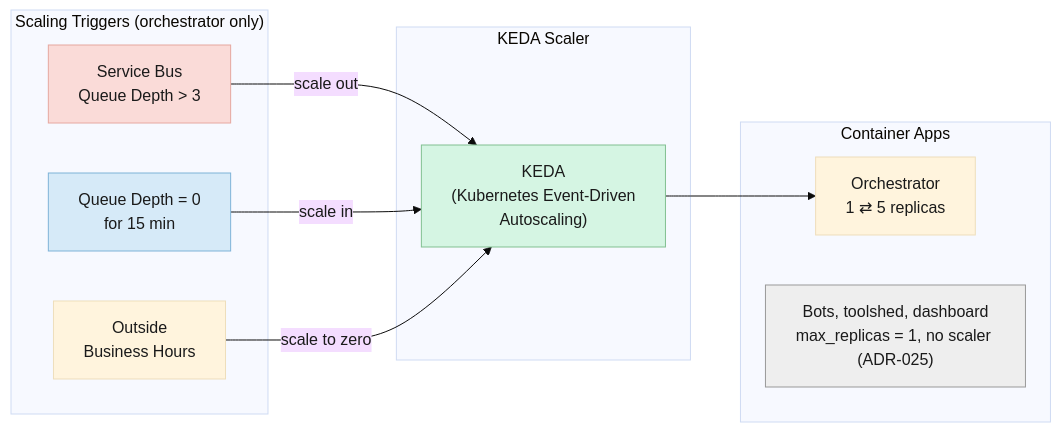
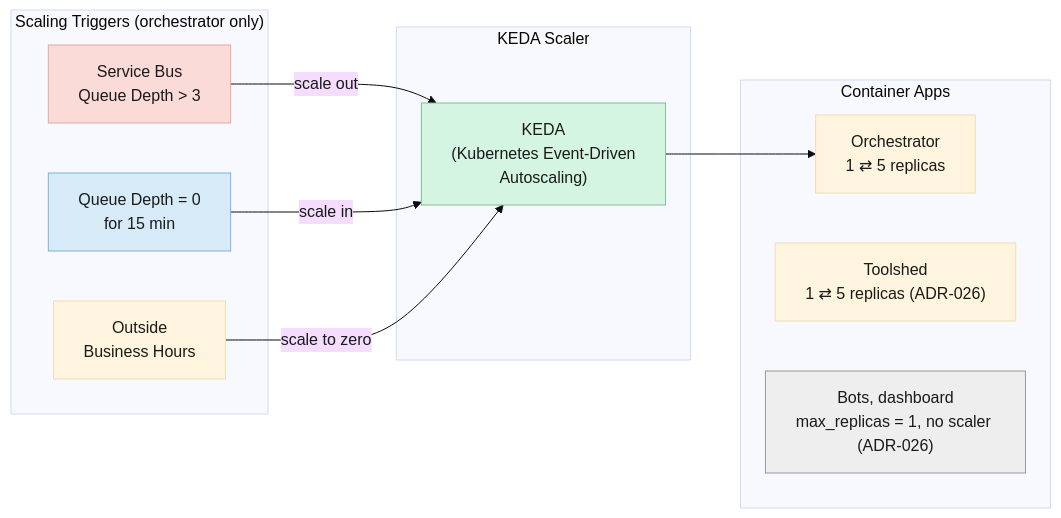
One commit to dr-pabs/managed-service-minions changed the first of 7 diagrams in docs/physical-architecture.md. Above: the diagram before and after it, drawn with Mermaid. The commit also changed other lines of this file and 16 other files, not shown here.

````diff
--- a/docs/physical-architecture.md
+++ b/docs/physical-architecture.md
@@ -61,28 +61,29 @@
 ```mermaid
 %%{init: {'theme': 'base', 'themeVariables': { 'primaryTextColor': '#1a1a1a'}}}%%
 flowchart LR
     subgraph "Scaling Triggers (orchestrator only)"
         q_depth["Service Bus\nQueue Depth > 3"]
         q_empty["Queue Depth = 0\nfor 15 min"]
         off_hours["Outside\nBusiness Hours"]
     end
     
     subgraph "KEDA Scaler"
         keda["KEDA\n(Kubernetes Event-Driven\nAutoscaling)"]
     end
     
     subgraph "Container Apps"
         orch["Orchestrator\n1 ⇄ 5 replicas"]
-        bots["Bots, toolshed, dashboard\nmax_replicas = 1, no scaler (ADR-025)"]
+        toolshed["Toolshed\n1 ⇄ 5 replicas (ADR-026)"]
+        bots["Bots, dashboard\nmax_replicas = 1, no scaler (ADR-026)"]
     end
     
     q_depth -->|"scale out"| keda
     q_empty -->|"scale in"| keda
     off_hours -->|"scale to zero"| keda
     keda --> orch
     
     style q_depth fill:#fadbd8,stroke:#e6a8a0,color:#1a1a1a
     style q_empty fill:#d6eaf8,stroke:#7fb3d8,color:#1a1a1a
     style keda fill:#d5f5e3,stroke:#82c091,color:#1a1a1a
     style bots fill:#eeeeee,stroke:#999999,color:#1a1a1a
 ```
````
